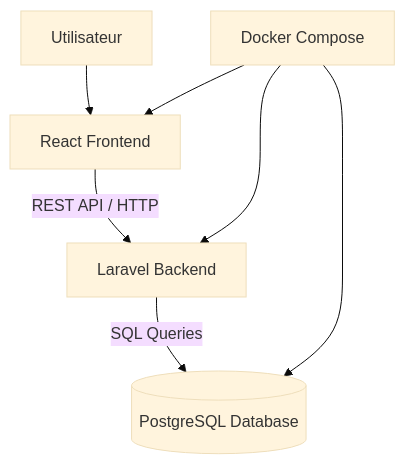
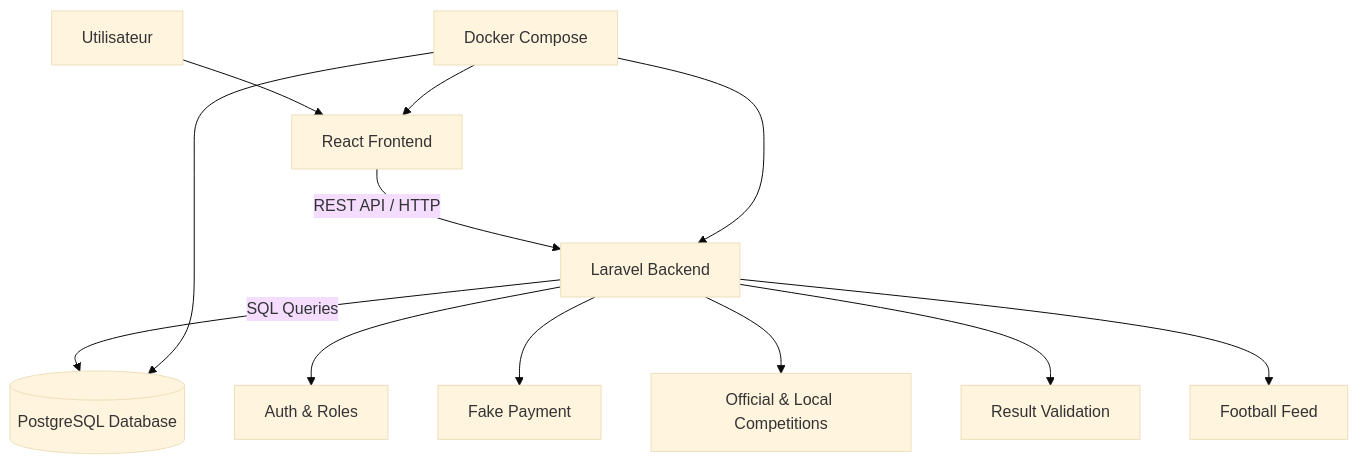
Before and after one commit to abdelghani-dari/gestion-tournois: the diagram in docs/architecture.md, drawn with Mermaid (base theme). The commit also changed other lines of this file and 11 other files, not shown here.

````diff
--- a/docs/architecture.md
+++ b/docs/architecture.md
@@ -34,12 +42,18 @@
 ```mermaid
 flowchart TD
     User[Utilisateur] --> Frontend[React Frontend]
 
     Frontend -->|REST API / HTTP| Backend[Laravel Backend]
 
     Backend -->|SQL Queries| Database[(PostgreSQL Database)]
 
     Docker[Docker Compose] --> Frontend
     Docker --> Backend
     Docker --> Database
+
+    Backend --> Auth[Auth & Roles]
+    Backend --> Payments[Fake Payment]
+    Backend --> Competitions[Official & Local Competitions]
+    Backend --> Results[Result Validation]
+    Backend --> Feed[Football Feed]
 ```
````
